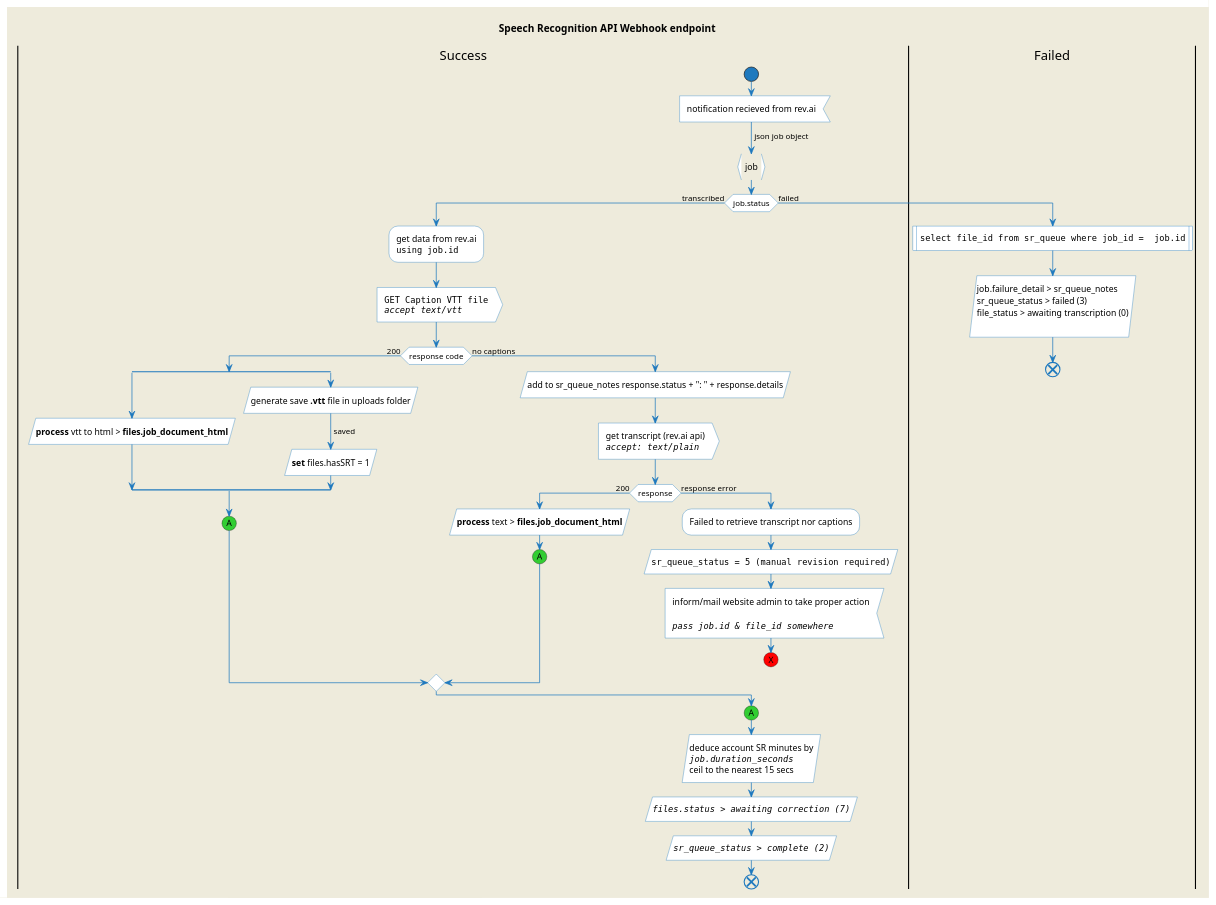
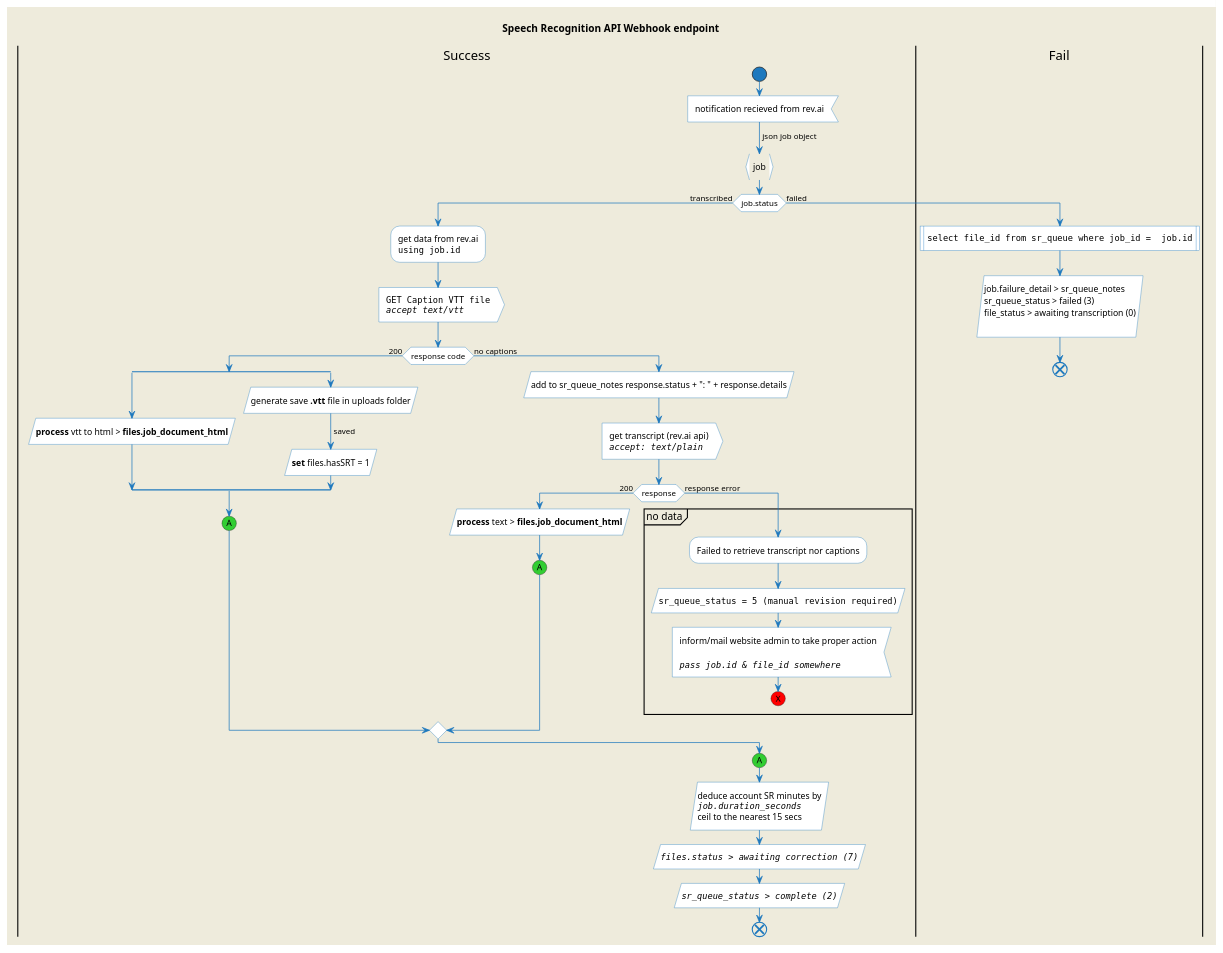
One commit to RyanG2016/vscription-transcribe-shrink changed the diagram in docs/puml/SR_Recieve.puml. Above: the diagram before and after it, drawn with PlantUML. The commit also changed 1 other file, not shown here.

```diff
--- a/docs/puml/SR_Recieve.puml
+++ b/docs/puml/SR_Recieve.puml
@@ -1,80 +1,82 @@
 @startuml
 title Speech Recognition API Webhook endpoint
 
 skinparam backgroundColor #EEEBDC
 'skinparam handwritten true
 
 skinparam activity {
   StartColor #1e79be
   ArrowColor #1e79be
   EndColor #1e79be
   BackgroundColor white
   SequenceTitleFontColor white
   BorderColor #1e79be
   FontName Tahoma
 }
 
 |Success|
 start
 
 :notification recieved from rev.ai<
 -> json job object;
 :job}
 
 if(job.status) is (transcribed) then
     :get data from rev.ai
     ""using job.id"";
     :""GET Caption VTT file""
     ""//accept text/vtt//"">
 
     if (response code) is (200) then
         split
             :**process** vtt to html > **files.job_document_html**/
         split again
             :generate save **.vtt** file in uploads folder/
             -> saved;
             :**set** files.hasSRT = 1/
         end split
         #32CD32:(A)
 '        detach
 
     else (no captions)
         :add to sr_queue_notes response.status + ": " + response.details/
         :get transcript (rev.ai api)
         ""//accept: text/plain//"">
 
         if (response) is (200) then
             :**process** text > **files.job_document_html**/
             #32CD32:(A)
 '            detach
         else (response error)
-            :Failed to retrieve transcript nor captions;
-            :""sr_queue_status = 5 (manual revision required)""/
-            :inform/mail website admin to take proper action
+            partition "no data" {
+                :Failed to retrieve transcript nor captions;
+                :""sr_queue_status = 5 (manual revision required)""/
+                :inform/mail website admin to take proper action
 
-            //""pass job.id & file_id somewhere""// <
-            #red:(X)
-            detach
+                //""pass job.id & file_id somewhere""// <
+                #red:(X)
+                detach
+            }
         endif
     endif
 
 else (failed)
-    |Failed|
+    |Fail|
     :""select file_id from sr_queue where job_id =  job.id""|
     :job.failure_detail > sr_queue_notes
     sr_queue_status > failed (3)
     file_status > awaiting transcription (0)
     /
     end
 endif
 
 |Success|
 #32CD32:(A)
 :deduce account SR minutes by
 ""//job.duration_seconds//""
 ceil to the nearest 15 secs/
 :""//files.status > awaiting correction (7)//""/
 :""//sr_queue_status > complete (2)//""/
 end
 
 @enduml
```
